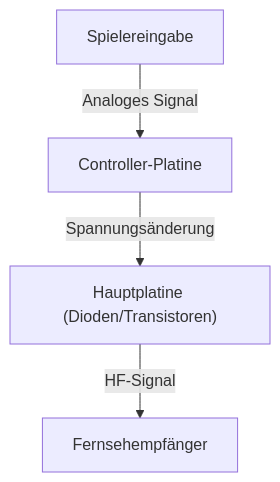
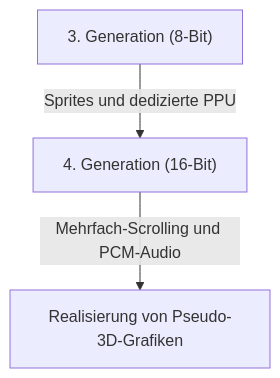
The first of 2 diagrams in content/post/history-of-video-game-consoles/index.de.md (kenjinote/blog), drawn with Mermaid before and after one commit. The commit also changed other lines of this file and 129 other files, not shown here.

````diff
--- a/content/post/history-of-video-game-consoles/index.de.md
+++ b/content/post/history-of-video-game-consoles/index.de.md
@@ -22,6 +33,5 @@
 ```mermaid
 graph TD
-    A["Spielereingabe"] -- "Analoges Signal" --> B["Controller-Platine"]
-    B -- "Spannungsänderung" --> C["Hauptplatine (Dioden/Transistoren)"]
-    C -- "HF-Signal" --> D["Fernsehempfänger"]
+  A["3. Generation (8-Bit)"] -- "Sprites und dedizierte PPU" --> B["4. Generation (16-Bit)"]
+  B["4. Generation (16-Bit)"] -- "Mehrfach-Scrolling und PCM-Audio" --> C["Realisierung von Pseudo-3D-Grafiken"]
 ```
````
